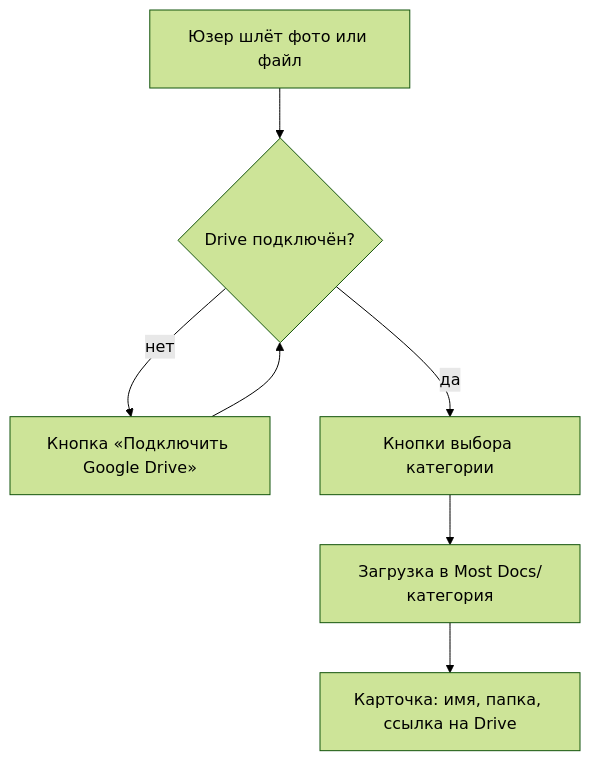
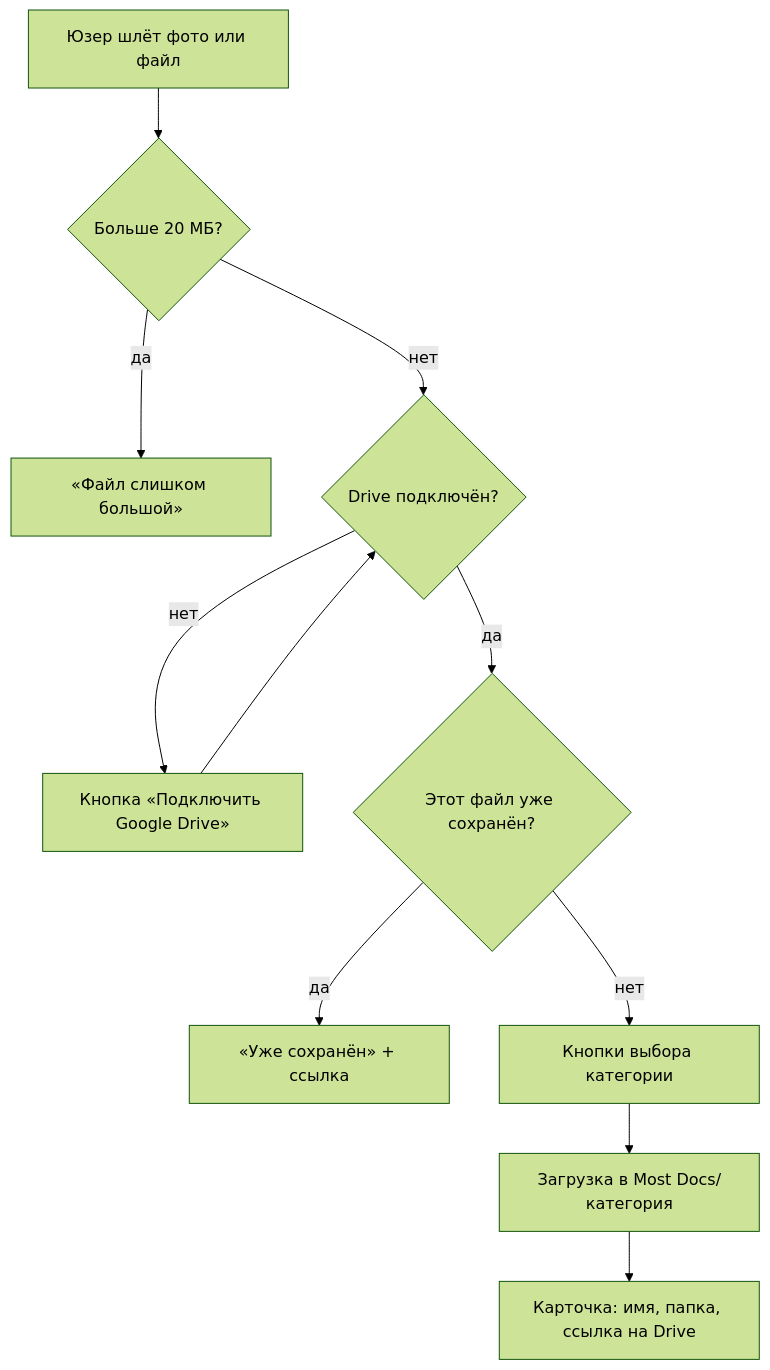
One commit to alexe0110/most-app changed the diagram in docs/product.md. Above: the diagram before and after it, drawn with Mermaid (forest theme). The commit also changed other lines of this file and 1 other file, not shown here.

````diff
--- a/docs/product.md
+++ b/docs/product.md
@@ -47,9 +54,13 @@
 ```mermaid
 flowchart TD
-    A[Юзер шлёт фото или файл] --> B{Drive подключён?}
+    A[Юзер шлёт фото или файл] --> S{Больше 20 МБ?}
+    S -- да --> S1[«Файл слишком большой»]
+    S -- нет --> B{Drive подключён?}
     B -- нет --> C["Кнопка «Подключить Google Drive»"]
     C --> B
-    B -- да --> D[Кнопки выбора категории]
+    B -- да --> U{Этот файл уже сохранён?}
+    U -- да --> U1[«Уже сохранён» + ссылка]
+    U -- нет --> D[Кнопки выбора категории]
     D --> E["Загрузка в Most Docs/категория"]
     E --> F[Карточка: имя, папка, ссылка на Drive]
 ```
````
